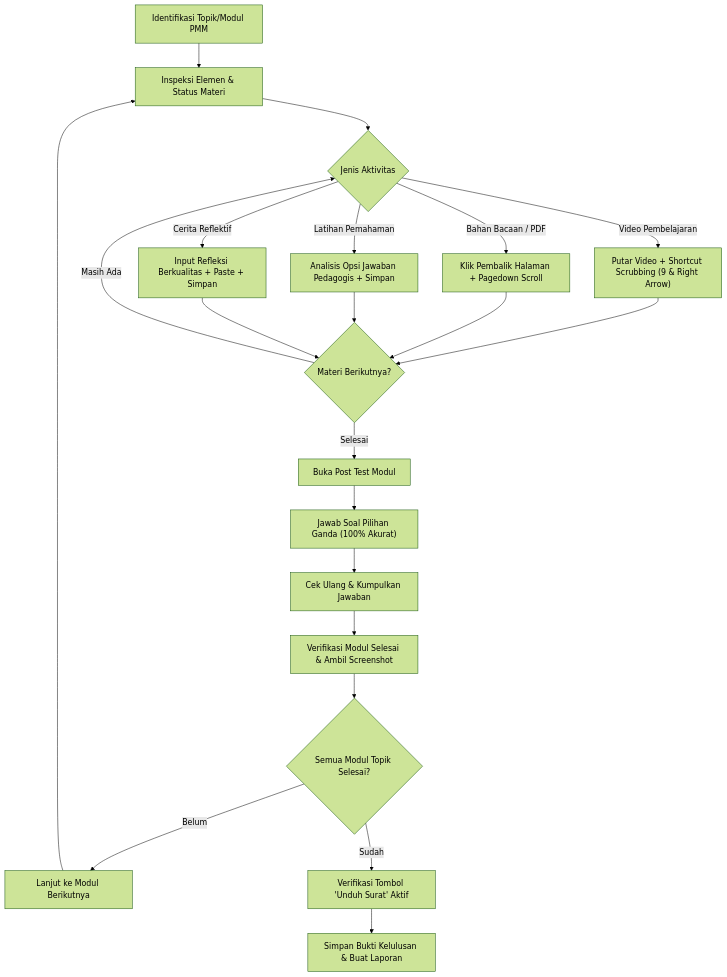
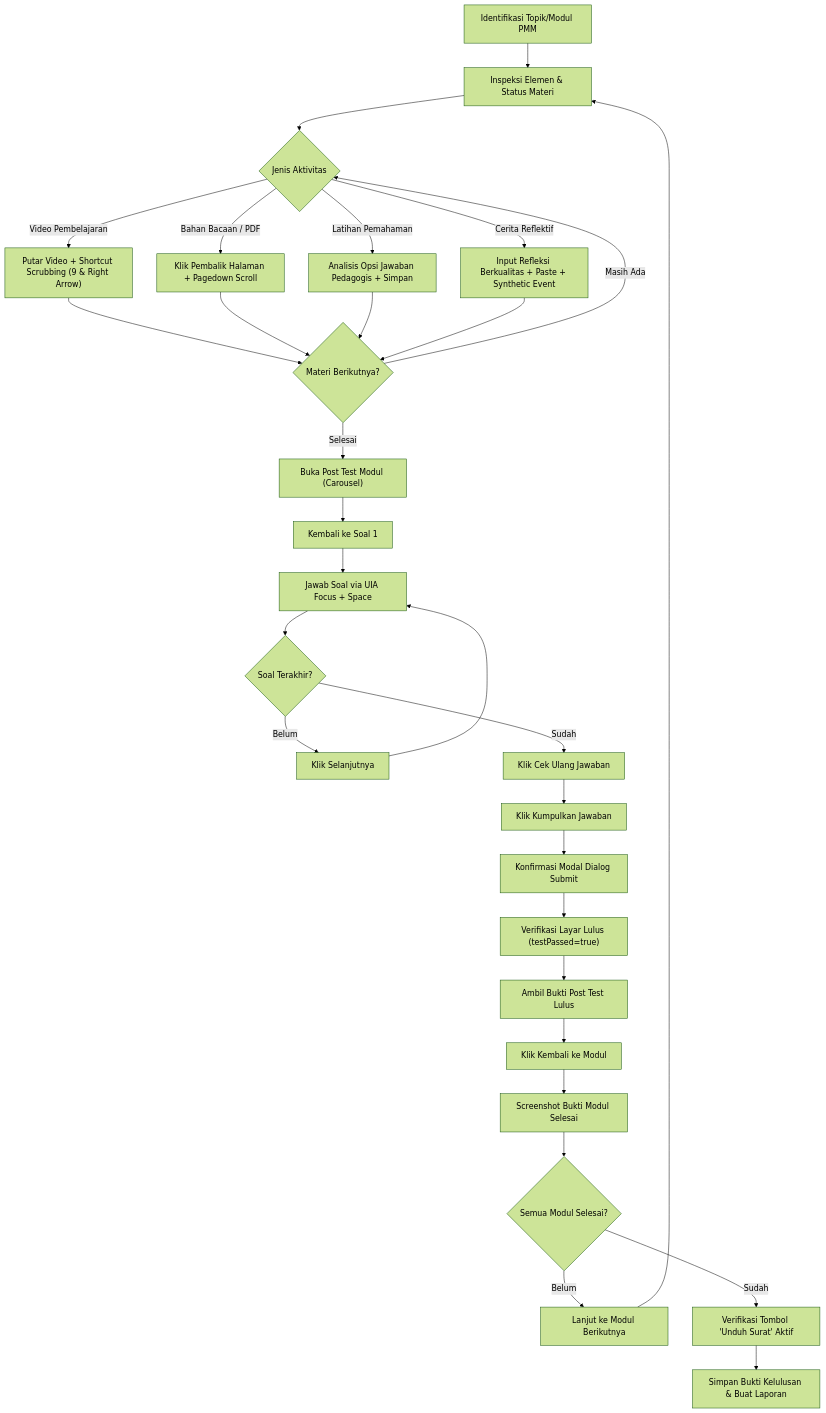
One commit to tirtandro/skill-agent-pelatihan changed the diagram in SKILL.md. Above: the diagram before and after it, drawn with Mermaid (forest theme). The commit also changed other lines of this file and 6 other files, not shown here.

Commit message:
feat(skill): upgrade agent-pelatihan with carousel posttest solver, modal confirmation handling, deterministic focus+space radio selection, and full module orchestrator

````diff
--- a/SKILL.md
+++ b/SKILL.md
@@ -23,28 +24,37 @@
 ```mermaid
 flowchart TD
     Start["Identifikasi Topik/Modul PMM"] --> Inspect["Inspeksi Elemen & Status Materi"]
     Inspect --> Decision{"Jenis Aktivitas"}
     
     Decision -->|"Video Pembelajaran"| Video["Putar Video + Shortcut Scrubbing (9 & Right Arrow)"]
     Decision -->|"Bahan Bacaan / PDF"| Text["Klik Pembalik Halaman + Pagedown Scroll"]
     Decision -->|"Latihan Pemahaman"| Quiz["Analisis Opsi Jawaban Pedagogis + Simpan"]
-    Decision -->|"Cerita Reflektif"| Refleksi["Input Refleksi Berkualitas + Paste + Simpan"]
+    Decision -->|"Cerita Reflektif"| Refleksi["Input Refleksi Berkualitas + Paste + Synthetic Event"]
     
     Video --> CheckMateri{"Materi Berikutnya?"}
     Text --> CheckMateri
     Quiz --> CheckMateri
     Refleksi --> CheckMateri
     
     CheckMateri -->|"Masih Ada"| Decision
-    CheckMateri -->|"Selesai"| PostTest["Buka Post Test Modul"]
+    CheckMateri -->|"Selesai"| PostTest["Buka Post Test Modul (Carousel)"]
     
-    PostTest --> SolvePT["Jawab Soal Pilihan Ganda (100% Akurat)"]
-    SolvePT --> SubmitPT["Cek Ulang & Kumpulkan Jawaban"]
-    SubmitPT --> VerifyModul["Verifikasi Modul Selesai & Ambil Screenshot"]
-    VerifyModul --> CheckTopic{"Semua Modul Topik Selesai?"}
+    PostTest --> Rewind["Kembali ke Soal 1"]
+    Rewind --> SolveQ["Jawab Soal via UIA Focus + Space"]
+    SolveQ --> NextQ{"Soal Terakhir?"}
+    NextQ -->|"Belum"| ClickNext["Klik Selanjutnya"] --> SolveQ
+    NextQ -->|"Sudah"| ReviewScreen["Klik Cek Ulang Jawaban"]
     
+    ReviewScreen --> Kumpulkan["Klik Kumpulkan Jawaban"]
+    Kumpulkan --> ModalConfirm["Konfirmasi Modal Dialog Submit"]
+    ModalConfirm --> VerifyPass["Verifikasi Layar Lulus (testPassed=true)"]
+    VerifyPass --> ScreenshotPT["Ambil Bukti Post Test Lulus"]
+    ScreenshotPT --> BackModul["Klik Kembali ke Modul"]
+    BackModul --> VerifyModul["Screenshot Bukti Modul Selesai"]
+    
+    VerifyModul --> CheckTopic{"Semua Modul Selesai?"}
     CheckTopic -->|"Belum"| NextModul["Lanjut ke Modul Berikutnya"]
     NextModul --> Inspect
     CheckTopic -->|"Sudah"| Final["Verifikasi Tombol 'Unduh Surat' Aktif"]
-    Final --> Screenshot["Simpan Bukti Kelulusan & Buat Laporan"]
+    Final --> ScreenshotFinal["Simpan Bukti Kelulusan & Buat Laporan"]
 ```
````
